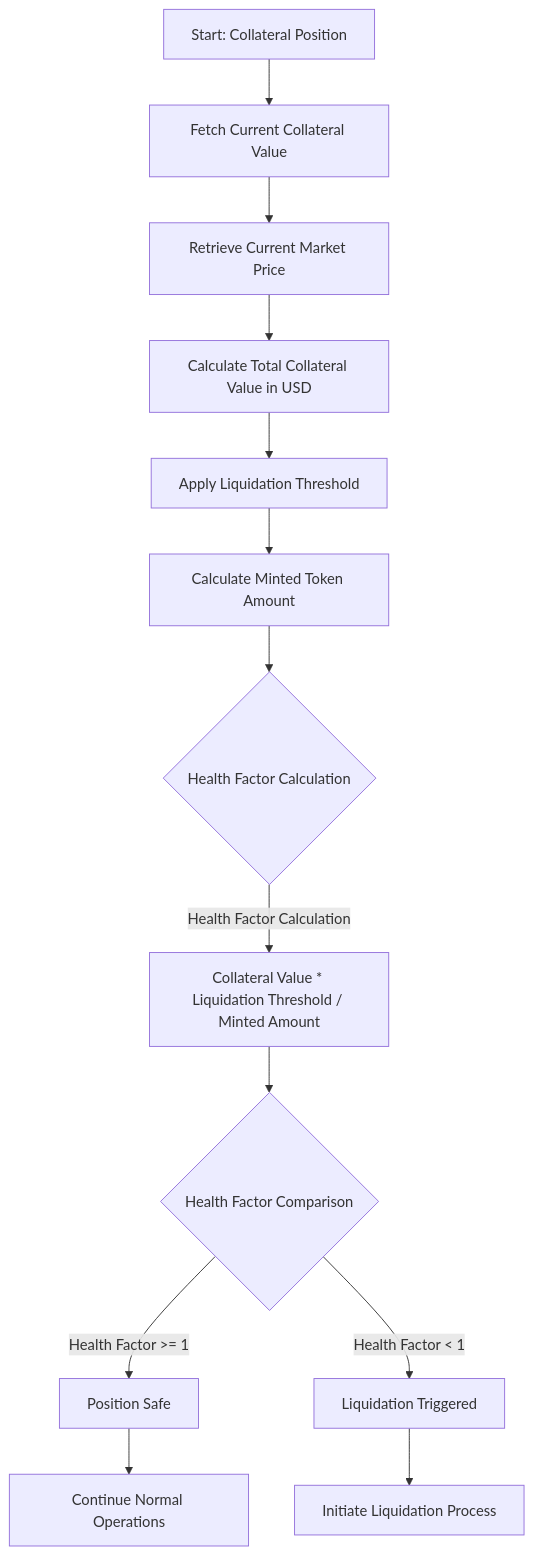
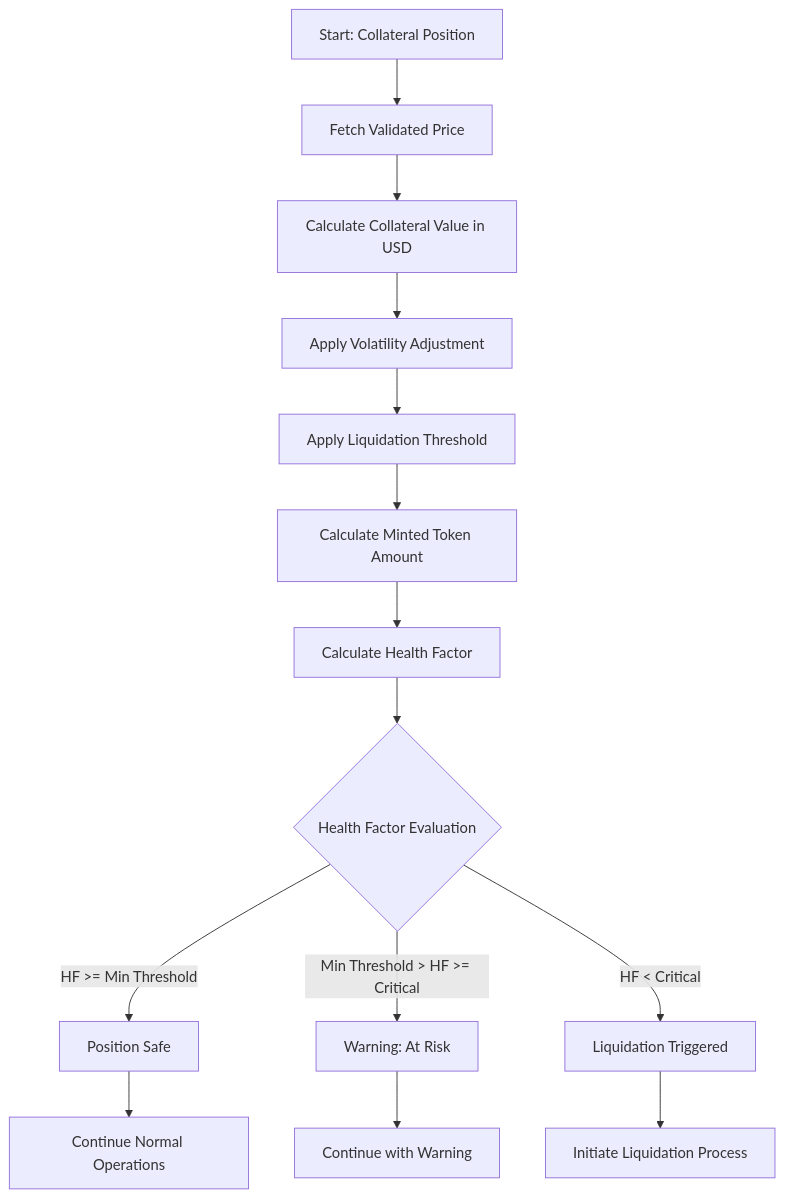
One commit to AymanF10/Stable-Coin changed the third of 7 diagrams in README.md. Above: the diagram before and after it, drawn with Mermaid. The commit also changed other lines of this file and 17 other files, not shown here.

````diff
--- a/README.md
+++ b/README.md
@@ -33,15 +76,16 @@
 ```mermaid
 flowchart TD
-    A[Start: Collateral Position] --> B[Fetch Current Collateral Value]
-    B --> C[Retrieve Current Market Price]
-    C --> D[Calculate Total Collateral Value in USD]
+    A[Start: Collateral Position] --> B[Fetch Validated Price]
+    B --> C[Calculate Collateral Value in USD]
+    C --> D[Apply Volatility Adjustment]
     D --> E[Apply Liquidation Threshold]
     E --> F[Calculate Minted Token Amount]
-    F --> G{Health Factor Calculation}
-    G --> |Health Factor Calculation| H[Collateral Value * Liquidation Threshold / Minted Amount]
-    H --> I{Health Factor Comparison}
-    I --> |Health Factor >= 1| J[Position Safe]
-    I --> |Health Factor < 1| K[Liquidation Triggered]
-    J --> L[Continue Normal Operations]
-    K --> M[Initiate Liquidation Process]
+    F --> G[Calculate Health Factor]
+    G --> H{Health Factor Evaluation}
+    H -->|HF >= Min Threshold| I[Position Safe]
+    H -->|Min Threshold > HF >= Critical| J[Warning: At Risk]
+    H -->|HF < Critical| K[Liquidation Triggered]
+    J --> L[Continue with Warning]
+    I --> M[Continue Normal Operations]
+    K --> N[Initiate Liquidation Process]
 ```
````
